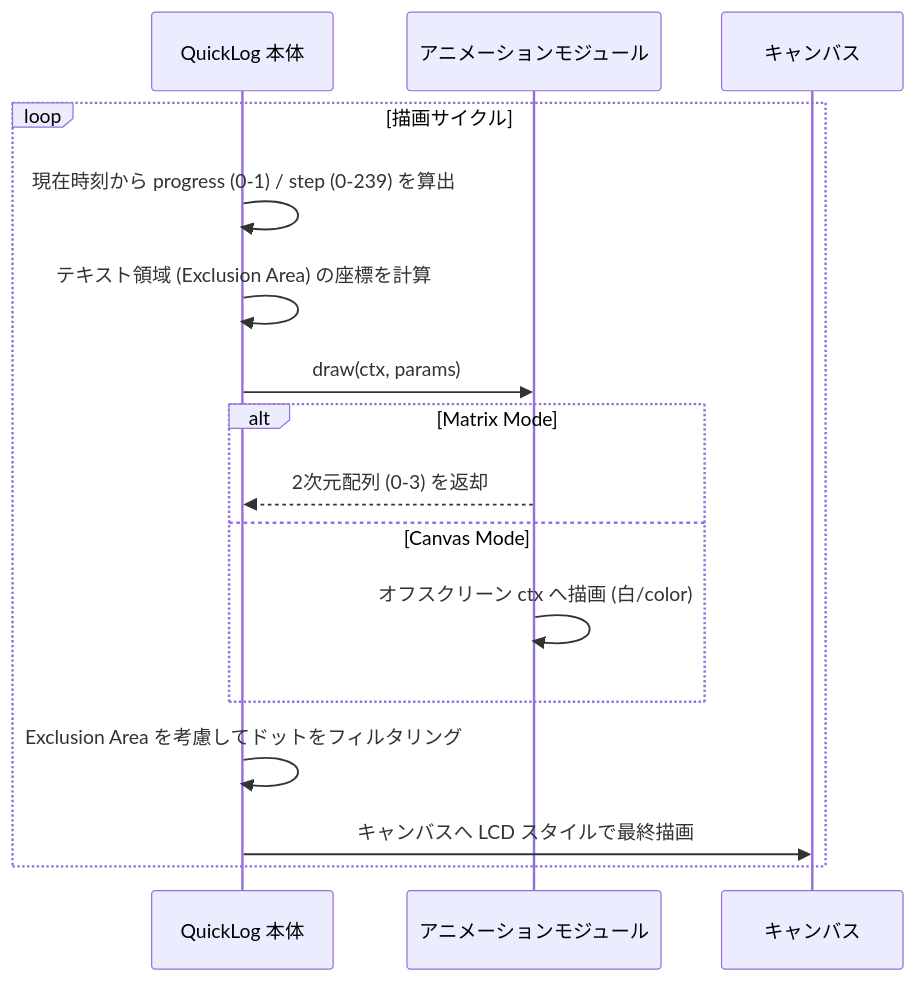
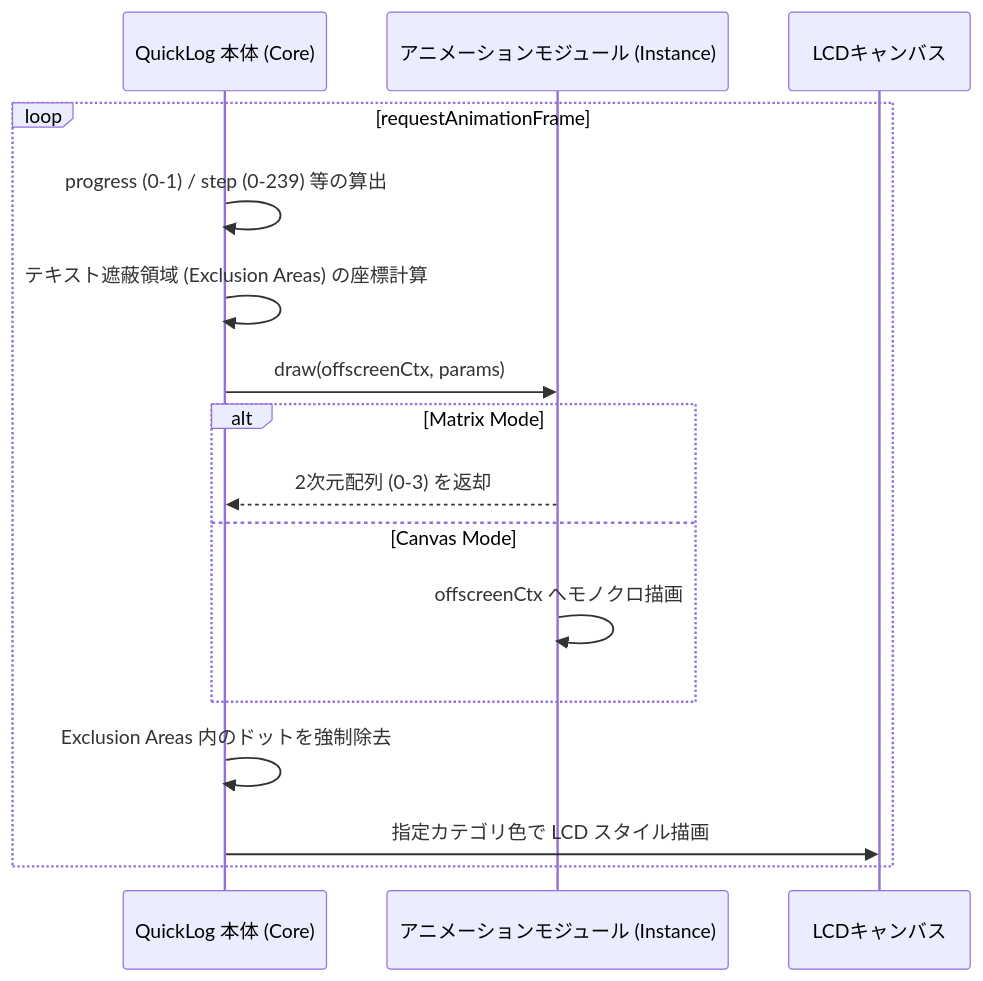
One commit to masanori-satake/QuickLog-Solo changed the third of 5 diagrams in docs/animation_module_spec.md. Above: the diagram before and after it, drawn with Mermaid. The commit also changed other lines of this file and 1 other file, not shown here.

First line of the commit message:
feat: アニメーションモジュール I/F の洗練とドキュメント（Mermaid図）の整備

````diff
--- a/docs/animation_module_spec.md
+++ b/docs/animation_module_spec.md
@@ -25,19 +42,19 @@
 ```mermaid
 sequenceDiagram
-    participant C as QuickLog 本体
-    participant M as アニメーションモジュール
-    participant D as キャンバス
+    participant C as QuickLog 本体 (Core)
+    participant M as アニメーションモジュール (Instance)
+    participant D as LCDキャンバス
 
-    loop 描画サイクル
-        C->>C: 現在時刻から progress (0-1) / step (0-239) を算出
-        C->>C: テキスト領域 (Exclusion Area) の座標を計算
-        C->>M: draw(ctx, params)
+    loop requestAnimationFrame
+        C->>C: progress (0-1) / step (0-239) 等の算出
+        C->>C: テキスト遮蔽領域 (Exclusion Areas) の座標計算
+        C->>M: draw(offscreenCtx, params)
         alt Matrix Mode
             M-->>C: 2次元配列 (0-3) を返却
         else Canvas Mode
-            M->>M: オフスクリーン ctx へ描画 (白/color)
+            M->>M: offscreenCtx へモノクロ描画
         end
-        C->>C: Exclusion Area を考慮してドットをフィルタリング
-        C->>D: キャンバスへ LCD スタイルで最終描画
+        C->>C: Exclusion Areas 内のドットを強制除去
+        C->>D: 指定カテゴリ色で LCD スタイル描画
     end
 ```
````
